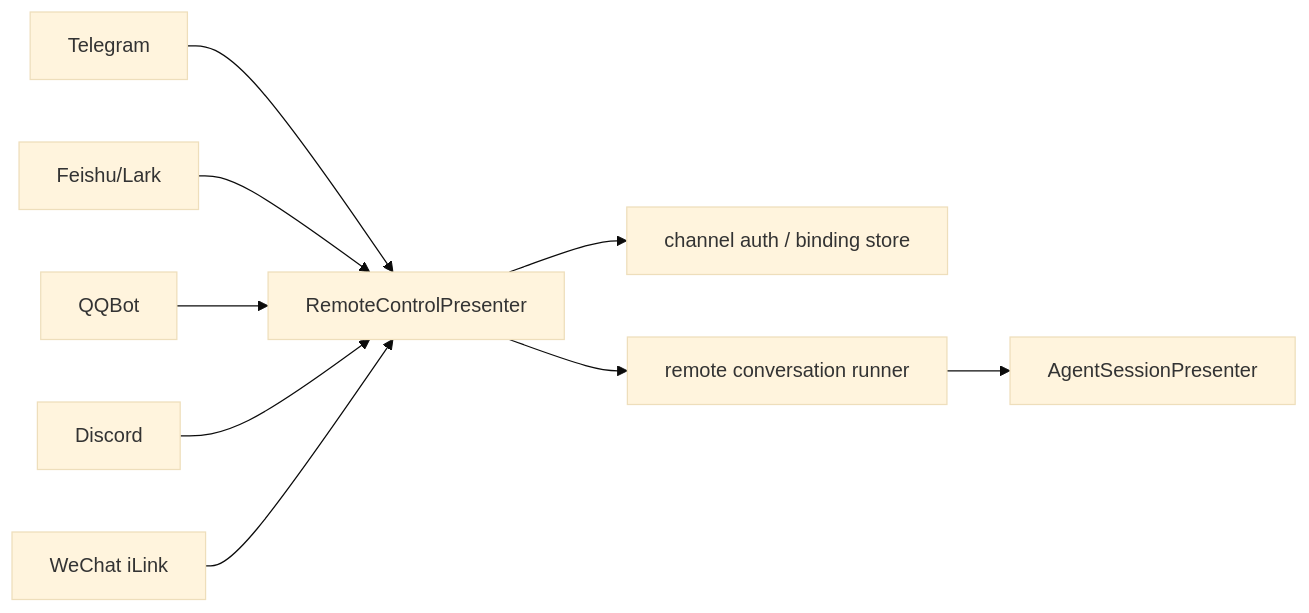
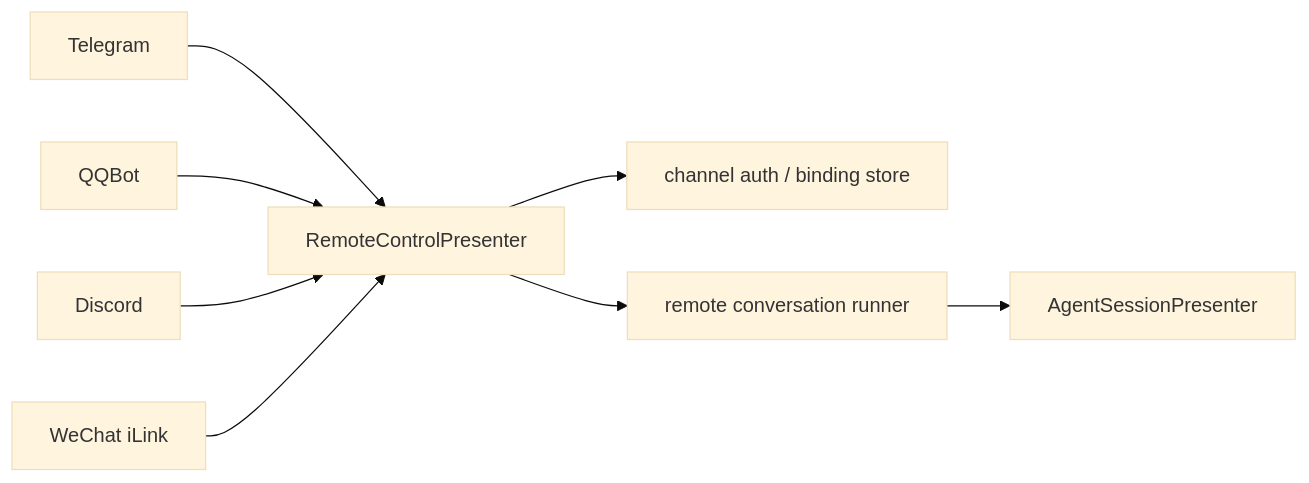
The ninth of 9 diagrams in docs/FLOWS.md (dvaJi/argos), drawn with Mermaid (base theme) before and after one commit. The commit also changed other lines of this file and 475 other files, not shown here.

````diff
--- a/docs/FLOWS.md
+++ b/docs/FLOWS.md
@@ -202,11 +202,10 @@
 ```mermaid
 flowchart LR
     Telegram["Telegram"] --> Remote["RemoteControlPresenter"]
-    Feishu["Feishu/Lark"] --> Remote
     QQ["QQBot"] --> Remote
     Discord["Discord"] --> Remote
     WeChat["WeChat iLink"] --> Remote
     Remote --> Auth["channel auth / binding store"]
     Remote --> Runner["remote conversation runner"]
     Runner --> Agent["AgentSessionPresenter"]
 ```
````
